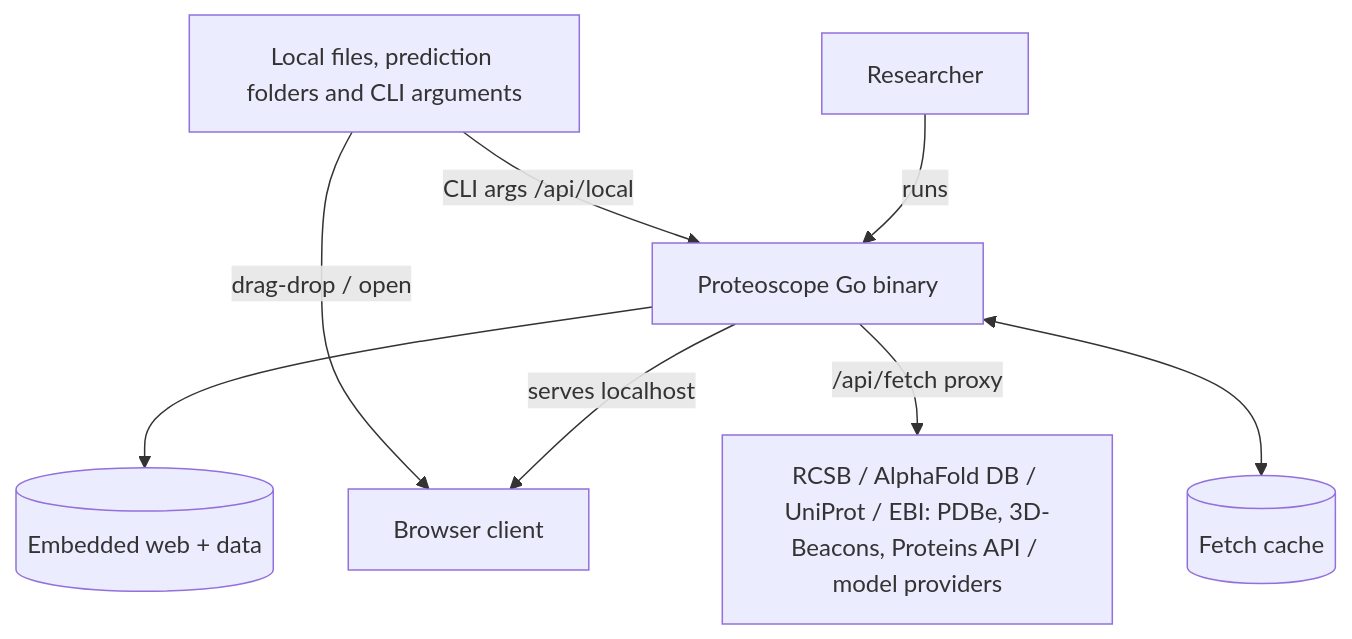
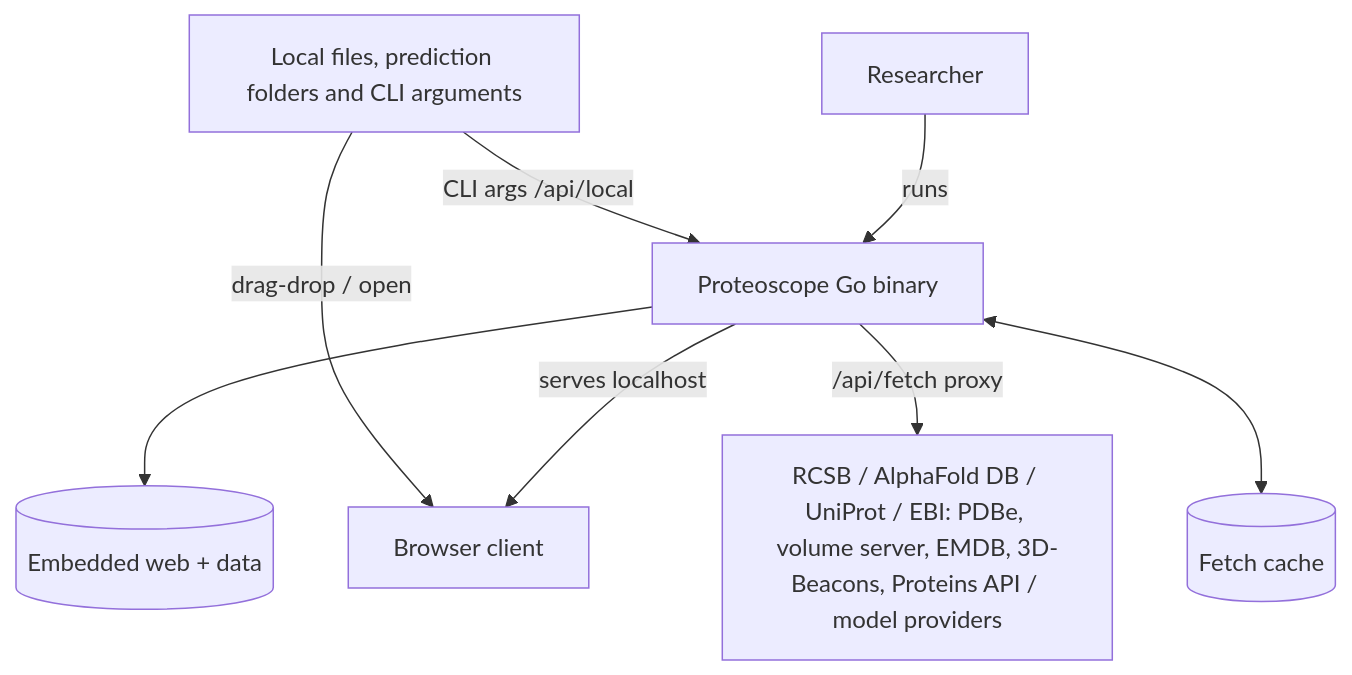
One commit to robert-mcdermott/proteoscope changed the first of 3 diagrams in proteoscope-spec/design.md. Above: the diagram before and after it, drawn with Mermaid. The commit also changed other lines of this file and 76 other files, not shown here.

````diff
--- a/proteoscope-spec/design.md
+++ b/proteoscope-spec/design.md
@@ -41,18 +43,18 @@
 ```mermaid
 graph TB
     User[Researcher]
     Binary[Proteoscope Go binary]
     Browser[Browser client]
     Embed[(Embedded web + data)]
     Cache[(Fetch cache)]
-    Remote[RCSB / AlphaFold DB / UniProt / EBI: PDBe, 3D-Beacons, Proteins API / model providers]
+    Remote[RCSB / AlphaFold DB / UniProt / EBI: PDBe, volume server, EMDB, 3D-Beacons, Proteins API / model providers]
     Local[Local files, prediction folders and CLI arguments]
 
     User -->|runs| Binary
     Binary -->|serves localhost| Browser
     Binary --> Embed
     Binary -->|/api/fetch proxy| Remote
     Binary <--> Cache
     Local -->|drag-drop / open| Browser
     Local -->|CLI args /api/local| Binary
 ```
````
